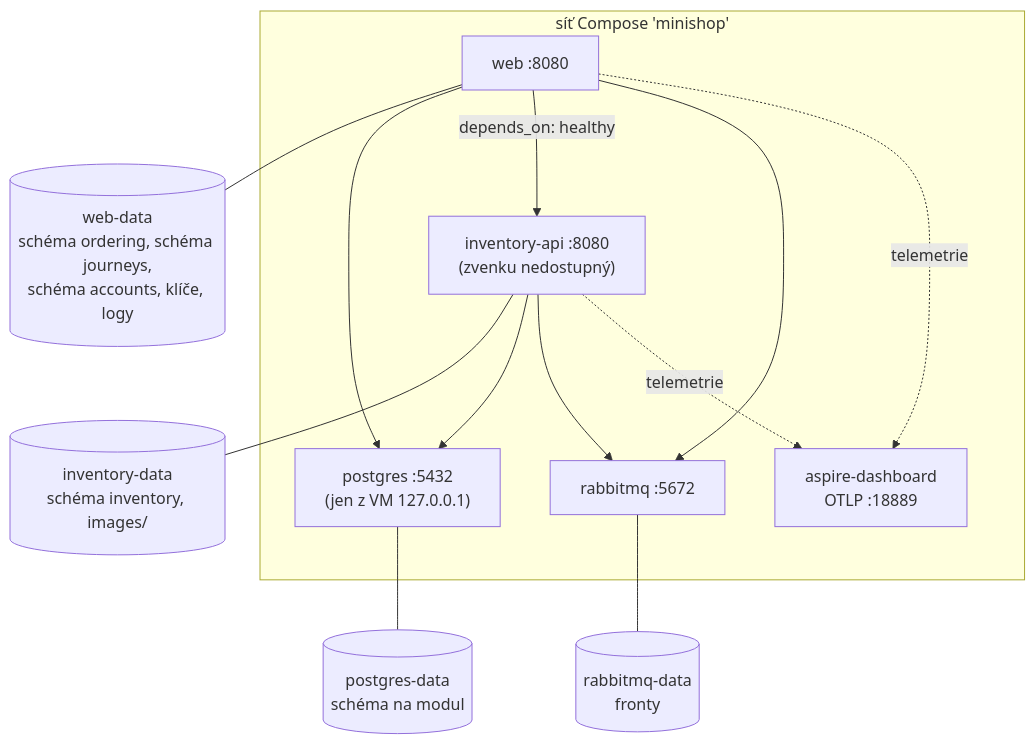
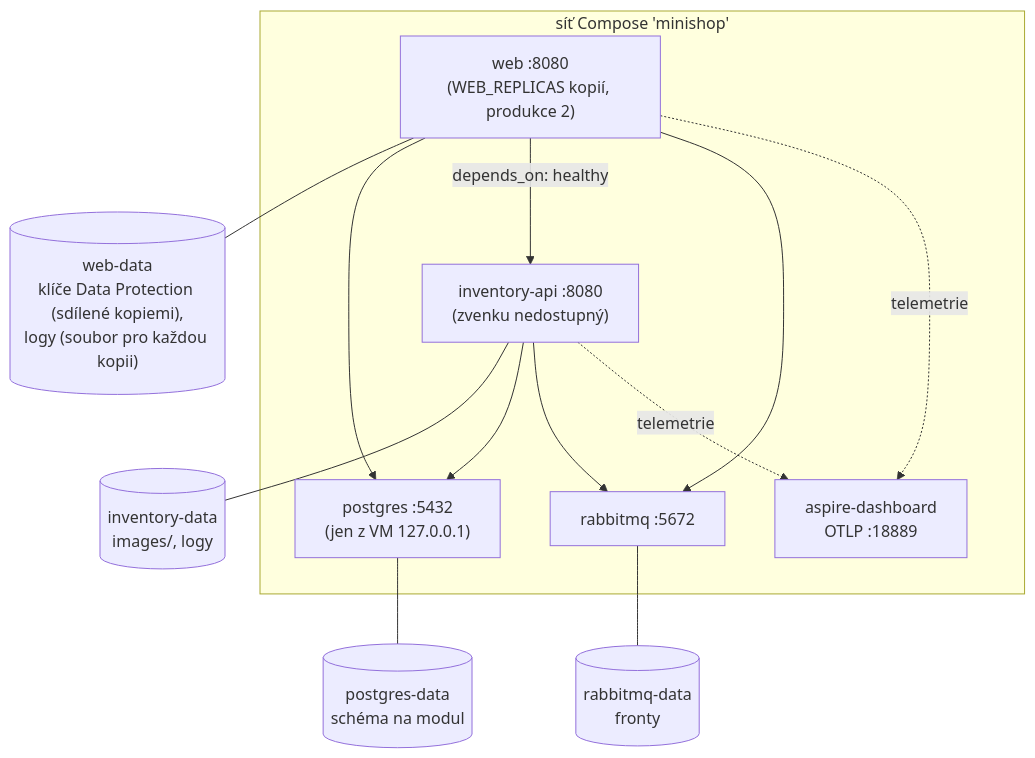
One commit to ftichy/MiniShop changed the second of 2 diagrams in docs/prirucka/nasazeni/kontejnery.md. Above: the diagram before and after it, drawn with Mermaid. The commit also changed 29 other files, not shown here.

````diff
--- a/docs/prirucka/nasazeni/kontejnery.md
+++ b/docs/prirucka/nasazeni/kontejnery.md
@@ -43,25 +43,25 @@
 ```mermaid
 flowchart TB
     subgraph net["síť Compose 'minishop'"]
-        web["web :8080"]
+        web["web :8080<br/>(WEB_REPLICAS kopií, produkce 2)"]
         inv["inventory-api :8080<br/>(zvenku nedostupný)"]
         mq["rabbitmq :5672"]
         dash["aspire-dashboard<br/>OTLP :18889"]
         pg["postgres :5432<br/>(jen z VM 127.0.0.1)"]
     end
-    wv[("web-data<br/>schéma ordering, schéma journeys,<br/>schéma accounts, klíče, logy")]
-    iv[("inventory-data<br/>schéma inventory, images/")]
+    wv[("web-data<br/>klíče Data Protection (sdílené kopiemi),<br/>logy (soubor pro každou kopii)")]
+    iv[("inventory-data<br/>images/, logy")]
     rv[("rabbitmq-data<br/>fronty")]
     pv[("postgres-data<br/>schéma na modul")]
     web --- wv
     inv --- iv
     mq --- rv
     pg --- pv
     web --> pg
     inv --> pg
     web -->|"depends_on: healthy"| inv
     web --> mq
     inv --> mq
     web -.->|telemetrie| dash
     inv -.->|telemetrie| dash
 ```
````
